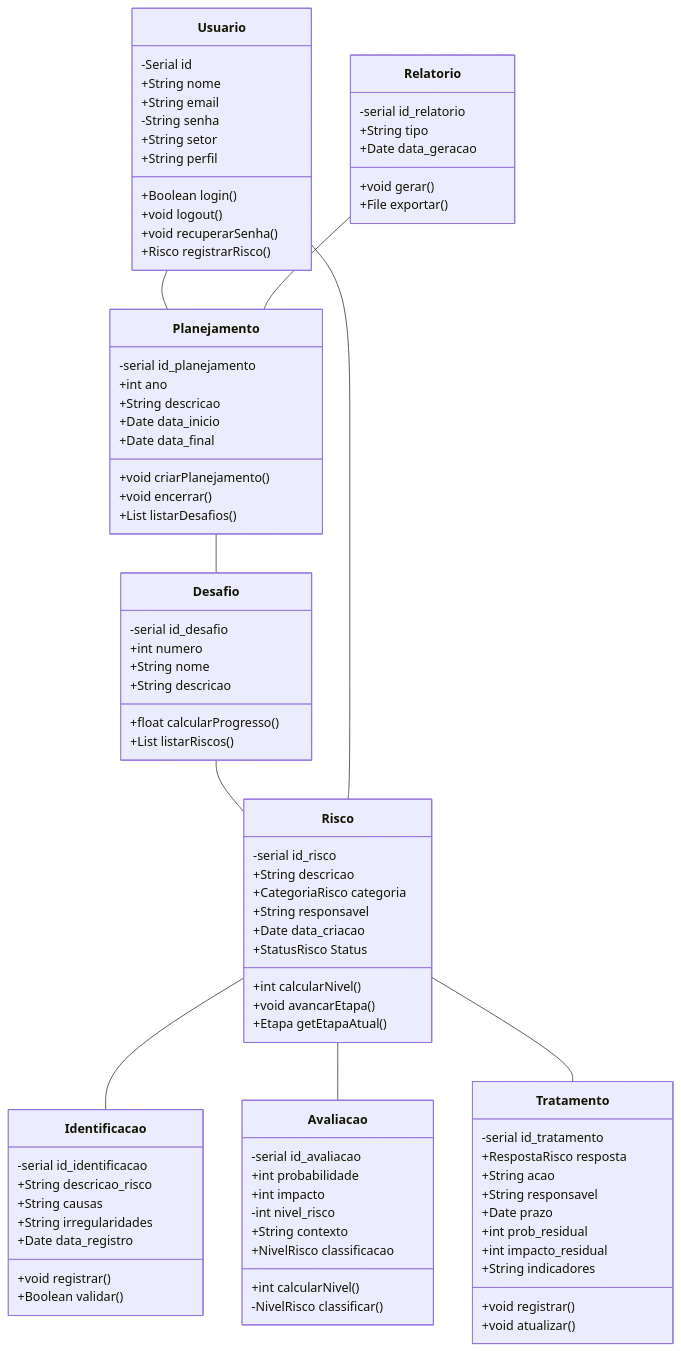
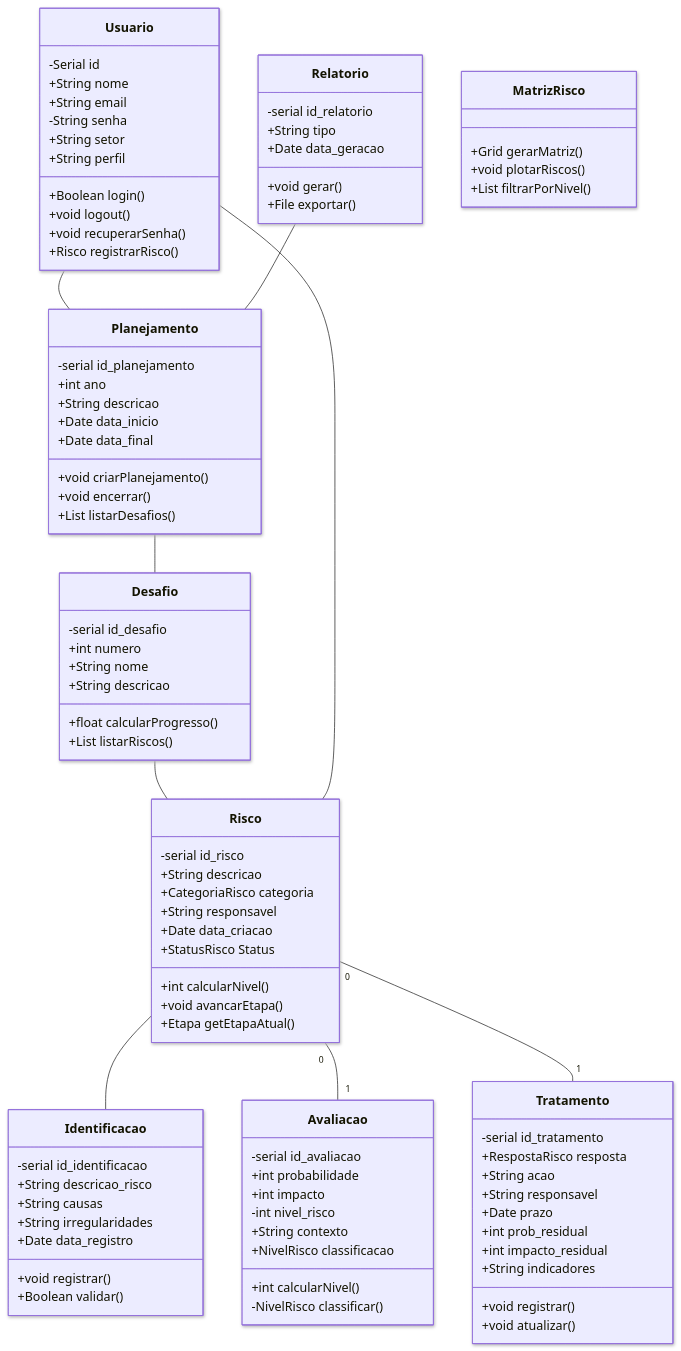
The diagram in README.md (CTISM-Prof-Henry/software-formularios-seriemas-da-internet), drawn with Mermaid before and after one commit.

Commit message:
Diagrama de Classes Update
Added new class MatrizRisco with methods for generating risk matrix and filtering by level. Updated diagram relationships for Risco class.

```diff
--- a/README.md
+++ b/README.md
@@ -26,6 +26,8 @@
 ---
 config:
   layout: dagre
+  look: neo
+  theme: default
 ---
 classDiagram
 direction TB
@@ -116,11 +118,17 @@
 	    +void atualizar()
     }
 
+    class MatrizRisco {
+        +Grid gerarMatriz()
+        +void plotarRiscos()
+        +List filtrarPorNivel()
+    }
+
     Usuario -- Planejamento
     Desafio -- Risco
     Risco -- Identificacao
-    Risco -- Avaliacao
-    Risco -- Tratamento
+    Risco "0" -- "1" Avaliacao
+    Risco "0" -- "1" Tratamento
     Usuario -- Risco
     Planejamento -- Desafio
     Relatorio -- Planejamento
```
